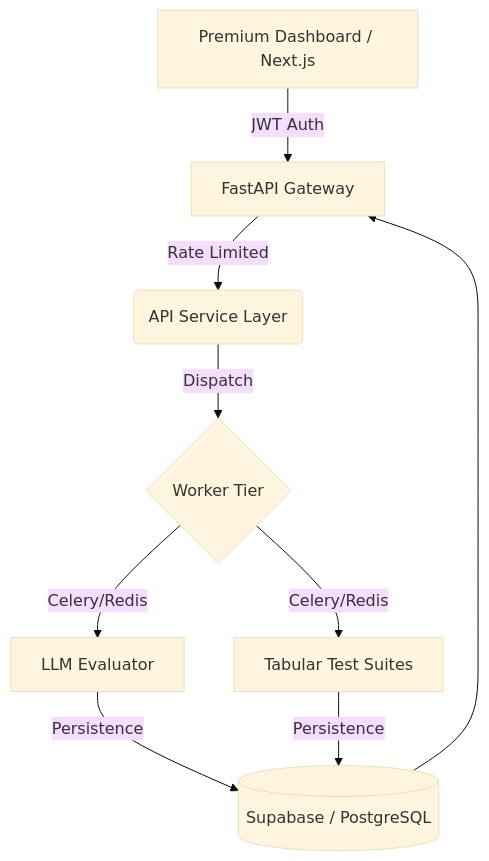
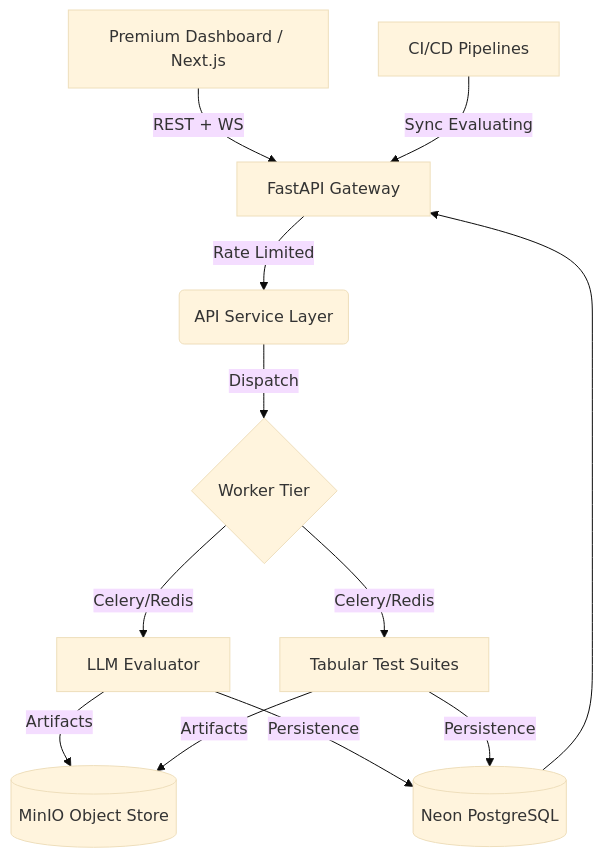
Before and after one commit to PraneetNS/model-testing: the diagram in README.md, drawn with Mermaid (base theme). The commit also changed other lines of this file and 7 other files, not shown here.

````diff
--- a/README.md
+++ b/README.md
@@ -98,10 +67,12 @@
 ```mermaid
 graph TD
-    A[Premium Dashboard / Next.js] -->|JWT Auth| B[FastAPI Gateway]
+    A[Premium Dashboard / Next.js] -->|REST + WS| B[FastAPI Gateway]
     B -->|Rate Limited| C(API Service Layer)
     C -->|Dispatch| D{Worker Tier}
     D -->|Celery/Redis| E[LLM Evaluator]
     D -->|Celery/Redis| F[Tabular Test Suites]
-    E & F -->|Persistence| G[(Supabase / PostgreSQL)]
+    E & F -->|Artifacts| H[(MinIO Object Store)]
+    E & F -->|Persistence| G[(Neon PostgreSQL)]
     G --> B
+    CI[CI/CD Pipelines] -->|Sync Evaluating| B
 ```
````
